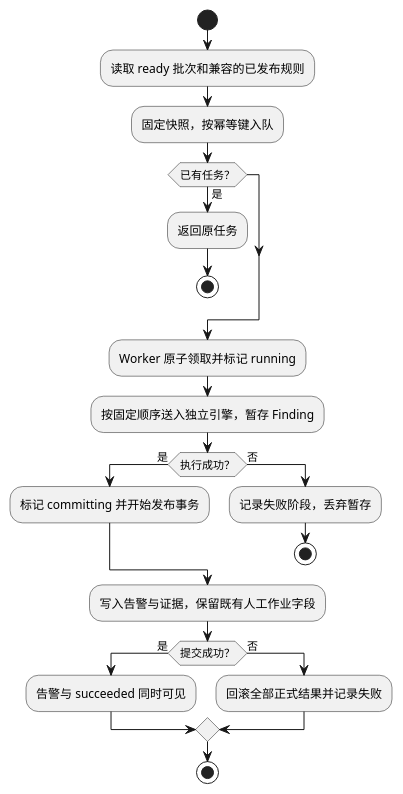
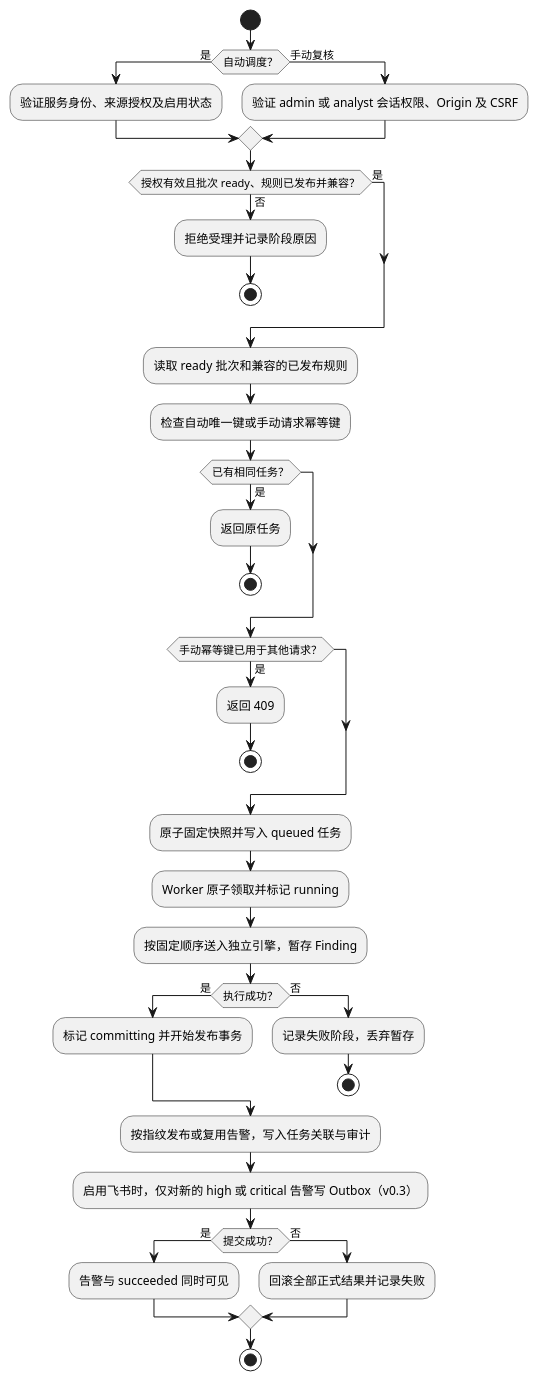
Before and after one commit to Double-Cloth/NetSentinel: the diagram in models/activity-analysis.puml, drawn with PlantUML. The commit also changed 17 other files, not shown here.

```diff
--- a/models/activity-analysis.puml
+++ b/models/activity-analysis.puml
@@ -1,25 +1,41 @@
 @startuml
 skinparam defaultFontName Microsoft YaHei
 start
+if (自动调度？) then (是)
+  :验证服务身份、来源授权及启用状态;
+else (手动复核)
+  :验证 admin 或 analyst 会话权限、Origin 及 CSRF;
+endif
+if (授权有效且批次 ready、规则已发布并兼容？) then (是)
+else (否)
+  :拒绝受理并记录阶段原因;
+  stop
+endif
 :读取 ready 批次和兼容的已发布规则;
-:固定快照，按幂等键入队;
-if (已有任务？) then (是)
+:检查自动唯一键或手动请求幂等键;
+if (已有相同任务？) then (是)
   :返回原任务;
   stop
 endif
+if (手动幂等键已用于其他请求？) then (是)
+  :返回 409;
+  stop
+endif
+:原子固定快照并写入 queued 任务;
 :Worker 原子领取并标记 running;
 :按固定顺序送入独立引擎，暂存 Finding;
 if (执行成功？) then (是)
   :标记 committing 并开始发布事务;
 else (否)
   :记录失败阶段，丢弃暂存;
   stop
 endif
-:写入告警与证据，保留既有人工作业字段;
+:按指纹发布或复用告警，写入任务关联与审计;
+:启用飞书时，仅对新的 high 或 critical 告警写 Outbox（v0.3）;
 if (提交成功？) then (是)
   :告警与 succeeded 同时可见;
 else (否)
   :回滚全部正式结果并记录失败;
 endif
 stop
 @enduml
```
